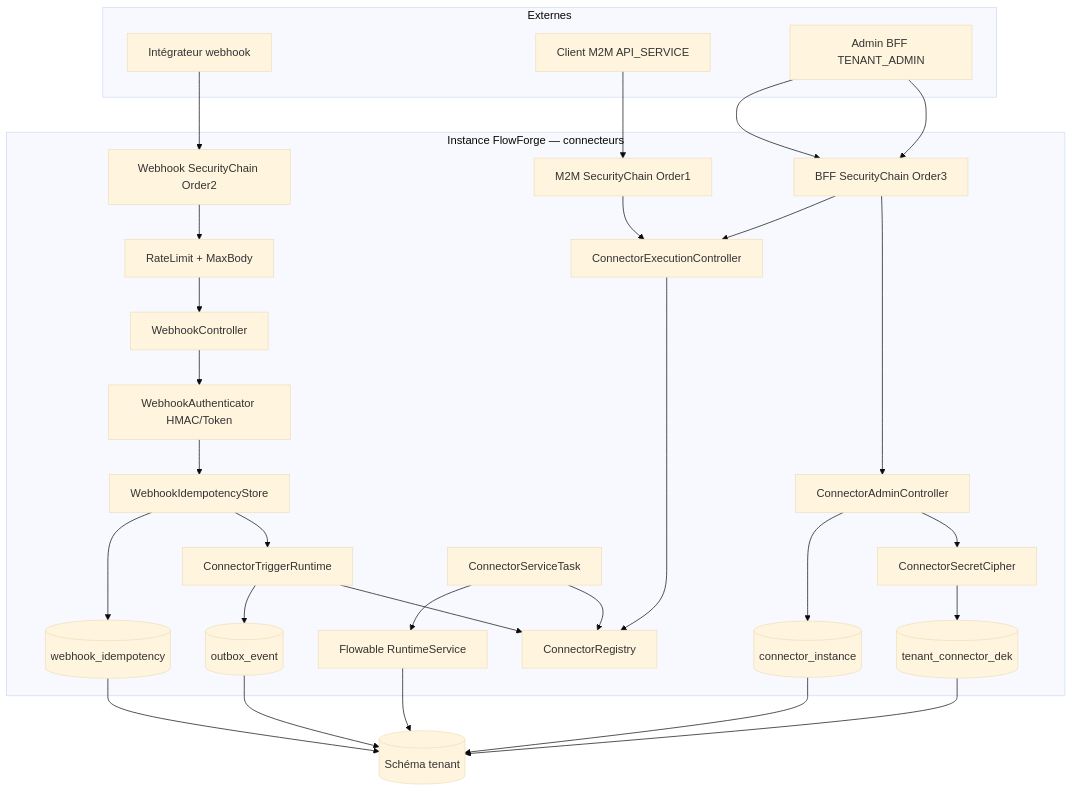
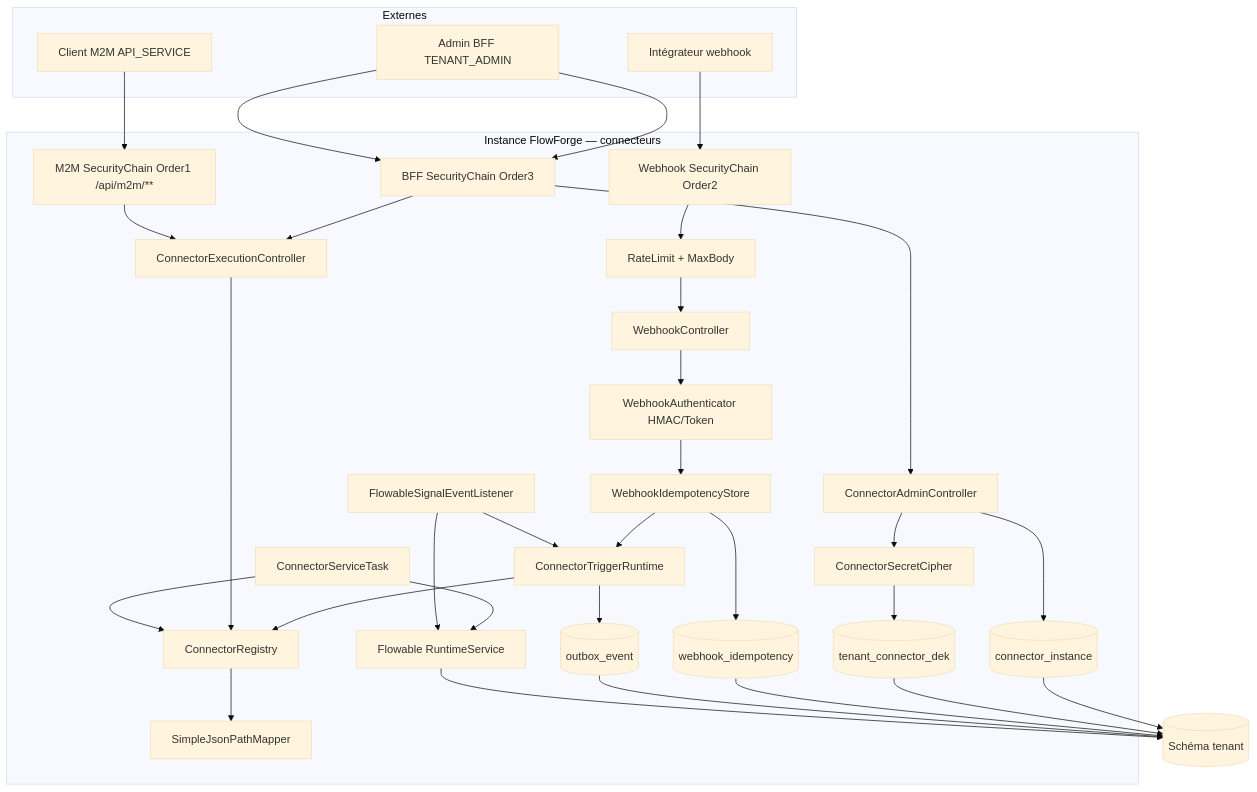
The first of 2 diagrams in docs/ai/design/2026-07-31-feature-connecteurs.md (superjojo79/Myrmacta), drawn with Mermaid (base theme) before and after one commit. The commit also changed other lines of this file and 2 other files, not shown here.

````diff
--- a/docs/ai/design/2026-07-31-feature-connecteurs.md
+++ b/docs/ai/design/2026-07-31-feature-connecteurs.md
@@ -20,51 +22,56 @@
 ```mermaid
 flowchart TB
   subgraph external["Externes"]
     WH[Intégrateur webhook]
     M2M[Client M2M API_SERVICE]
     SPA[Admin BFF TENANT_ADMIN]
   end
 
   subgraph app["Instance FlowForge — connecteurs"]
     WSEC[Webhook SecurityChain Order2]
-    MSEC[M2M SecurityChain Order1]
+    MSEC[M2M SecurityChain Order1 /api/m2m/**]
     BFF[BFF SecurityChain Order3]
     WC[WebhookController]
     AC[ConnectorAdminController]
     EC[ConnectorExecutionController]
     AUTH[WebhookAuthenticator HMAC/Token]
     IDEM[WebhookIdempotencyStore]
     RL[RateLimit + MaxBody]
     RT[ConnectorTriggerRuntime]
     REG[ConnectorRegistry]
     CIP[ConnectorSecretCipher]
     ST[ConnectorServiceTask]
+    SEL[FlowableSignalEventListener]
+    MAP[SimpleJsonPathMapper]
     OX[(outbox_event)]
     CI[(connector_instance)]
     DEK[(tenant_connector_dek)]
     IDEMT[(webhook_idempotency)]
     FL[Flowable RuntimeService]
 
     WH --> WSEC --> RL --> WC
     WC --> AUTH --> IDEM --> RT
     RT --> REG
     RT --> OX
     SPA --> BFF --> AC
     SPA --> BFF --> EC
     M2M --> MSEC --> EC
     AC --> CIP
     AC --> CI
     EC --> REG
     ST --> REG
     ST --> FL
+    SEL --> FL
+    SEL --> RT
+    REG --> MAP
     CIP --> DEK
     IDEM --> IDEMT
   end
 
   DB[(Schéma tenant)]
   CI --> DB
   DEK --> DB
   IDEMT --> DB
   OX --> DB
   FL --> DB
 ```
````
